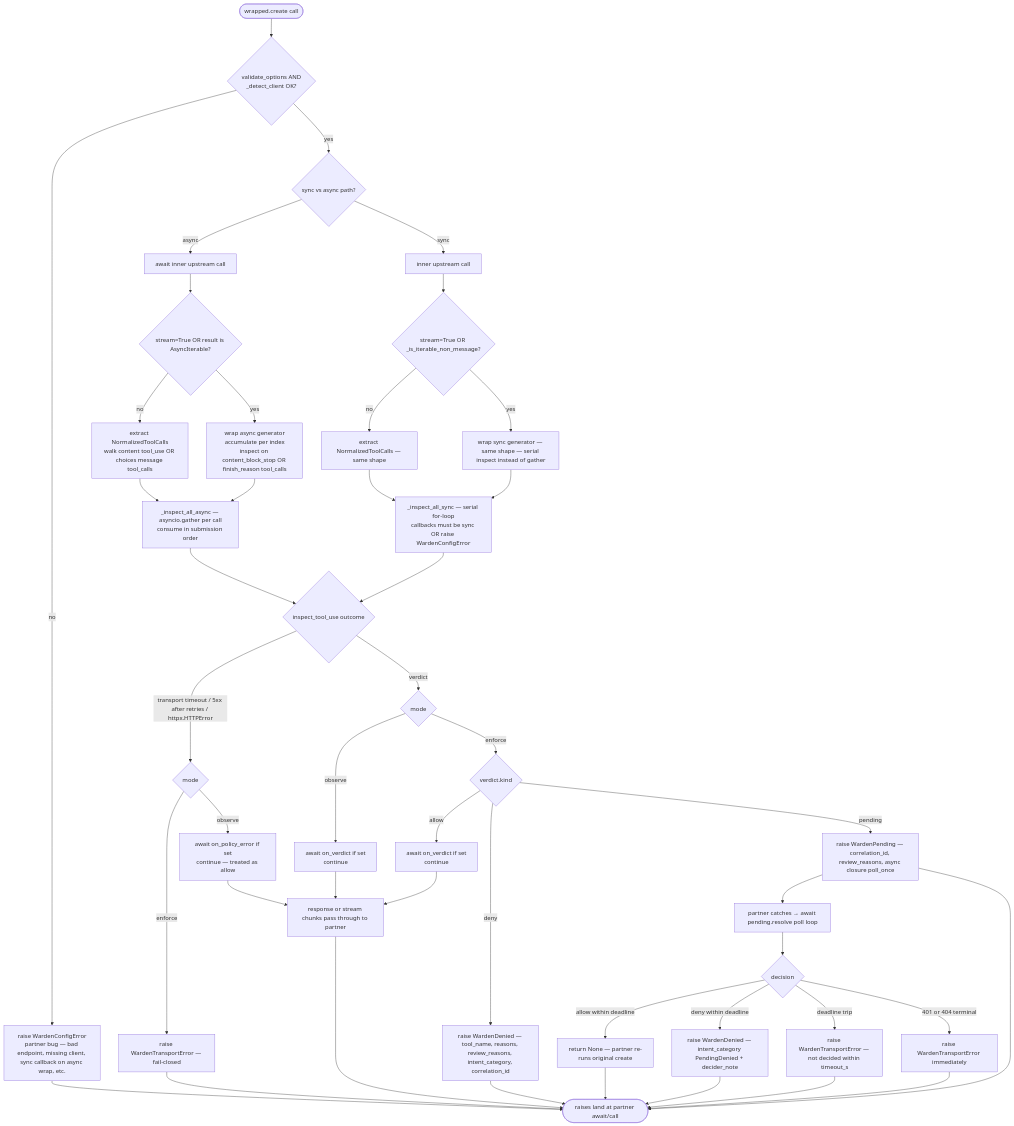
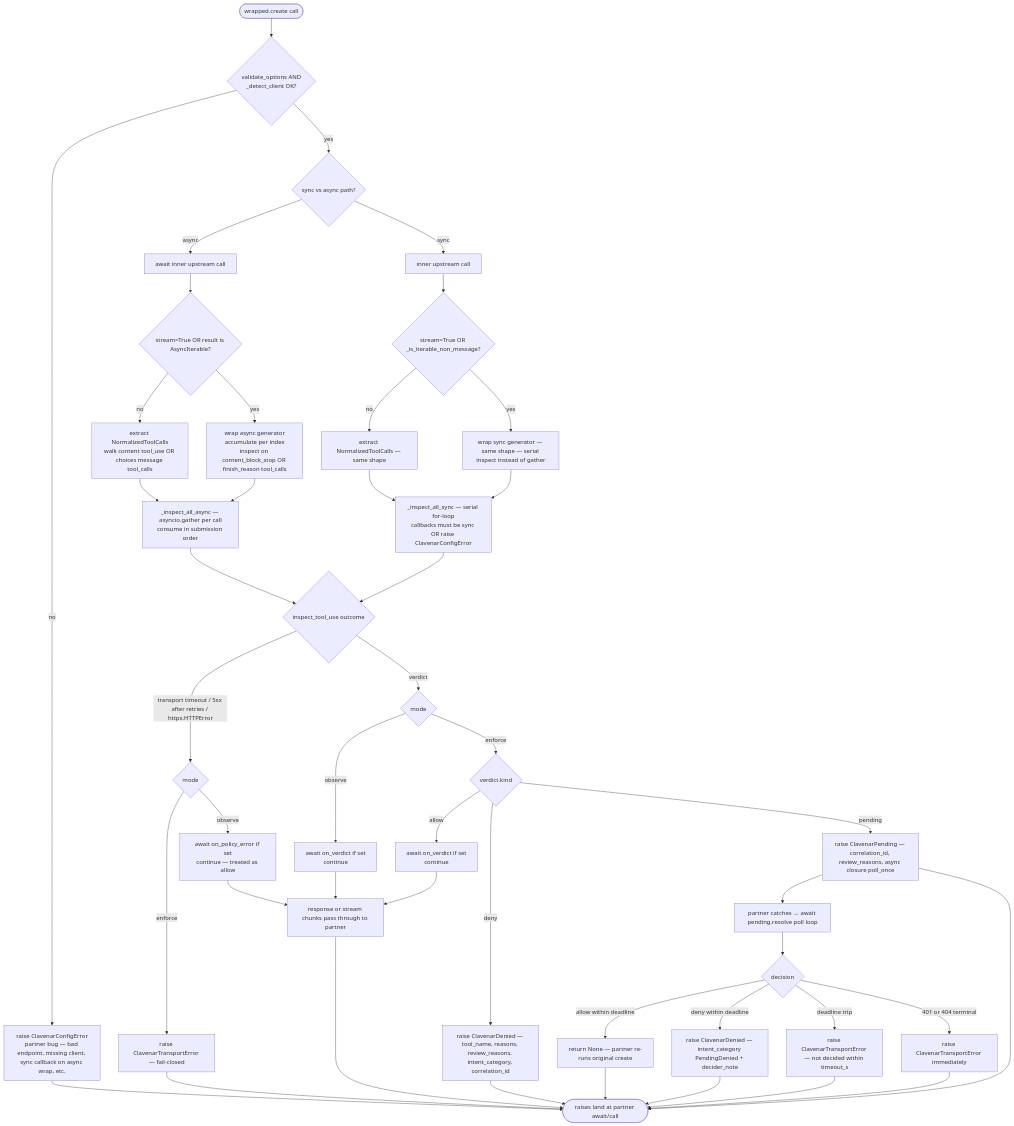
The sixth of 6 diagrams in docs/SEQUENCES.md (clavenar/clavenar-python-sdk), drawn with Mermaid before and after one commit. The commit also changed other lines of this file and 30 other files, not shown here.

First line of the commit message:
rename product Agent Warden → Clavenar

````diff
--- a/docs/SEQUENCES.md
+++ b/docs/SEQUENCES.md
@@ -349,57 +349,57 @@
 ```mermaid
 flowchart TD
     Start([wrapped.create call]) --> Cfg{validate_options AND<br/>_detect_client OK?}
-    Cfg -->|no| Cerr[raise WardenConfigError<br/>partner bug — bad endpoint, missing client, sync callback on async wrap, etc.]
+    Cfg -->|no| Cerr[raise ClavenarConfigError<br/>partner bug — bad endpoint, missing client, sync callback on async wrap, etc.]
     Cfg -->|yes| Fork{sync vs async path?}
     Fork -->|async| Up1[await inner upstream call]
     Fork -->|sync| Up2[inner upstream call]
 
     Up1 --> Shape1{stream=True OR result is AsyncIterable?}
     Up2 --> Shape2{stream=True OR _is_iterable_non_message?}
 
     Shape1 -->|no| Sync1[extract NormalizedToolCalls<br/>walk content tool_use OR choices message tool_calls]
     Shape1 -->|yes| Stream1[wrap async generator<br/>accumulate per index<br/>inspect on content_block_stop OR finish_reason tool_calls]
 
     Shape2 -->|no| Sync2[extract NormalizedToolCalls — same shape]
     Shape2 -->|yes| Stream2[wrap sync generator — same shape — serial inspect instead of gather]
 
     Sync1 --> Loop1[_inspect_all_async — asyncio.gather per call<br/>consume in submission order]
     Stream1 --> Loop1
-    Sync2 --> Loop2[_inspect_all_sync — serial for-loop<br/>callbacks must be sync OR raise WardenConfigError]
+    Sync2 --> Loop2[_inspect_all_sync — serial for-loop<br/>callbacks must be sync OR raise ClavenarConfigError]
     Stream2 --> Loop2
 
     Loop1 --> Insp{inspect_tool_use outcome}
     Loop2 --> Insp
 
     Insp -->|transport timeout / 5xx after retries / httpx.HTTPError| Tport{mode}
-    Tport -->|enforce| Te[raise WardenTransportError — fail-closed]
+    Tport -->|enforce| Te[raise ClavenarTransportError — fail-closed]
     Tport -->|observe| Toe[await on_policy_error if set<br/>continue — treated as allow]
 
     Insp -->|verdict| Mode{mode}
     Mode -->|observe| Obs[await on_verdict if set<br/>continue]
     Mode -->|enforce| Vk{verdict.kind}
     Vk -->|allow| Ok[await on_verdict if set<br/>continue]
-    Vk -->|deny| Dn[raise WardenDenied — tool_name, reasons, review_reasons, intent_category, correlation_id]
-    Vk -->|pending| Pn[raise WardenPending — correlation_id, review_reasons, async closure poll_once]
+    Vk -->|deny| Dn[raise ClavenarDenied — tool_name, reasons, review_reasons, intent_category, correlation_id]
+    Vk -->|pending| Pn[raise ClavenarPending — correlation_id, review_reasons, async closure poll_once]
 
     Pn --> Resolve[partner catches → await pending.resolve poll loop]
     Resolve --> Rd{decision}
     Rd -->|allow within deadline| Rok[return None — partner re-runs original create]
-    Rd -->|deny within deadline| Rdn[raise WardenDenied — intent_category PendingDenied + decider_note]
-    Rto[raise WardenTransportError — not decided within timeout_s]
+    Rd -->|deny within deadline| Rdn[raise ClavenarDenied — intent_category PendingDenied + decider_note]
+    Rto[raise ClavenarTransportError — not decided within timeout_s]
     Rd -->|deadline trip| Rto
-    Rd -->|401 or 404 terminal| Rterm[raise WardenTransportError immediately]
+    Rd -->|401 or 404 terminal| Rterm[raise ClavenarTransportError immediately]
 
     Obs --> Pass[response or stream chunks pass through to partner]
     Ok --> Pass
     Toe --> Pass
     Te --> End([raises land at partner await/call])
     Dn --> End
     Pn --> End
     Cerr --> End
     Pass --> End
     Rok --> End
     Rdn --> End
     Rto --> End
     Rterm --> End
 ```
````
